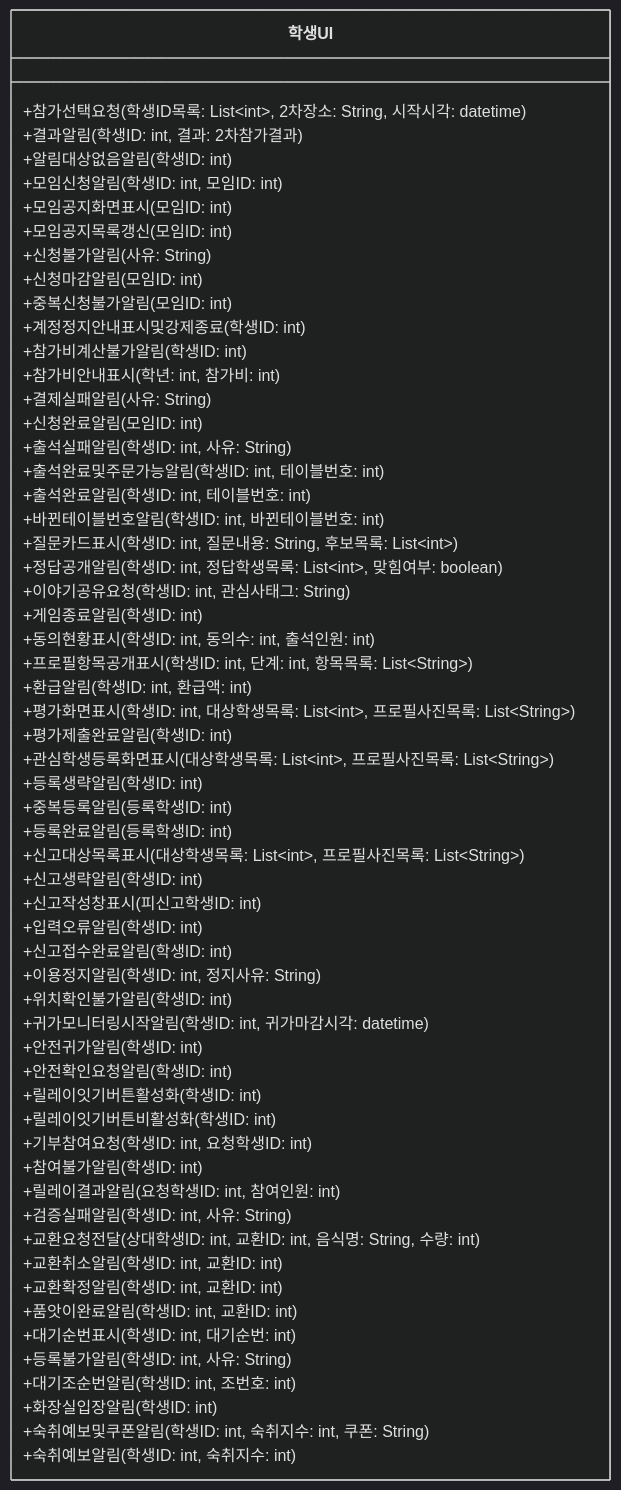
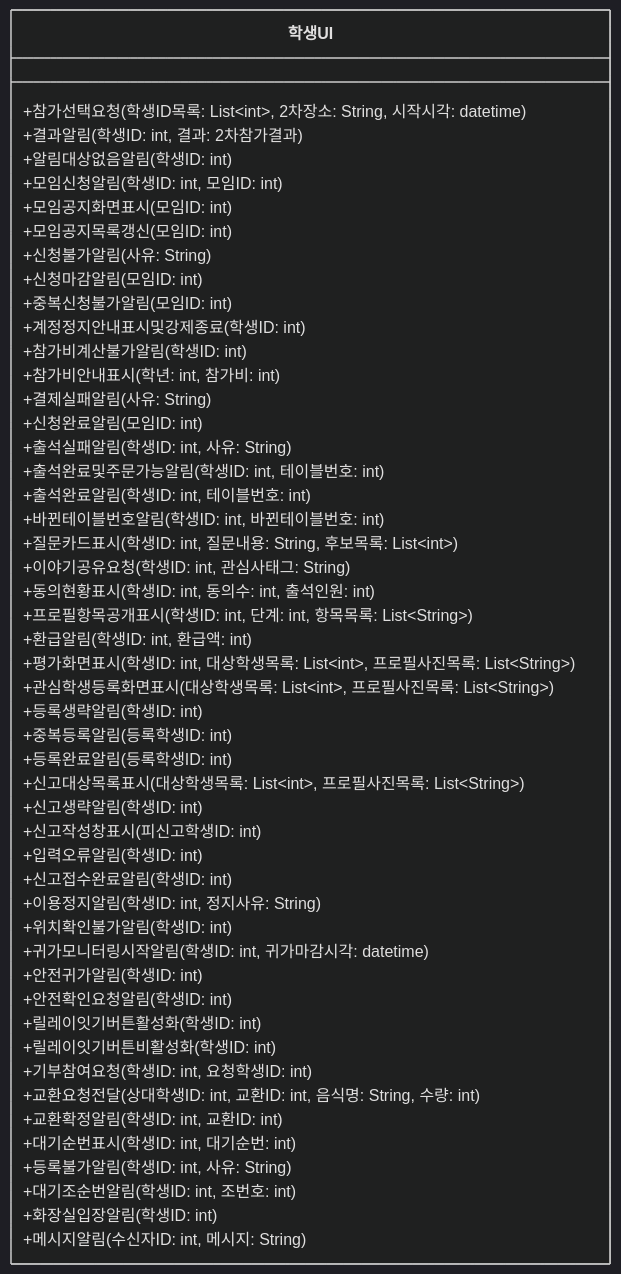
Diagram 11 of 12 in class-diagram/class-diagram.md (hojae3/sw-engineering-16), drawn with Mermaid (dark theme) before and after one commit. The commit also changed other lines of this file and 9 other files, not shown here.

````diff
--- a/class-diagram/class-diagram.md
+++ b/class-diagram/class-diagram.md
@@ -845,63 +843,54 @@
 ```mermaid
 classDiagram
     direction LR
     class StudentUI["학생UI"] {
         +참가선택요청(학생ID목록: List~int~, 2차장소: String, 시작시각: datetime)
         +결과알림(학생ID: int, 결과: 2차참가결과)
         +알림대상없음알림(학생ID: int)
         +모임신청알림(학생ID: int, 모임ID: int)
         +모임공지화면표시(모임ID: int)
         +모임공지목록갱신(모임ID: int)
         +신청불가알림(사유: String)
         +신청마감알림(모임ID: int)
         +중복신청불가알림(모임ID: int)
         +계정정지안내표시및강제종료(학생ID: int)
         +참가비계산불가알림(학생ID: int)
         +참가비안내표시(학년: int, 참가비: int)
         +결제실패알림(사유: String)
         +신청완료알림(모임ID: int)
         +출석실패알림(학생ID: int, 사유: String)
         +출석완료및주문가능알림(학생ID: int, 테이블번호: int)
         +출석완료알림(학생ID: int, 테이블번호: int)
         +바뀐테이블번호알림(학생ID: int, 바뀐테이블번호: int)
         +질문카드표시(학생ID: int, 질문내용: String, 후보목록: List~int~)
-        +정답공개알림(학생ID: int, 정답학생목록: List~int~, 맞힘여부: boolean)
         +이야기공유요청(학생ID: int, 관심사태그: String)
-        +게임종료알림(학생ID: int)
         +동의현황표시(학생ID: int, 동의수: int, 출석인원: int)
         +프로필항목공개표시(학생ID: int, 단계: int, 항목목록: List~String~)
         +환급알림(학생ID: int, 환급액: int)
         +평가화면표시(학생ID: int, 대상학생목록: List~int~, 프로필사진목록: List~String~)
-        +평가제출완료알림(학생ID: int)
         +관심학생등록화면표시(대상학생목록: List~int~, 프로필사진목록: List~String~)
         +등록생략알림(학생ID: int)
         +중복등록알림(등록학생ID: int)
         +등록완료알림(등록학생ID: int)
         +신고대상목록표시(대상학생목록: List~int~, 프로필사진목록: List~String~)
         +신고생략알림(학생ID: int)
         +신고작성창표시(피신고학생ID: int)
         +입력오류알림(학생ID: int)
         +신고접수완료알림(학생ID: int)
         +이용정지알림(학생ID: int, 정지사유: String)
         +위치확인불가알림(학생ID: int)
         +귀가모니터링시작알림(학생ID: int, 귀가마감시각: datetime)
         +안전귀가알림(학생ID: int)
         +안전확인요청알림(학생ID: int)
         +릴레이잇기버튼활성화(학생ID: int)
         +릴레이잇기버튼비활성화(학생ID: int)
         +기부참여요청(학생ID: int, 요청학생ID: int)
-        +참여불가알림(학생ID: int)
-        +릴레이결과알림(요청학생ID: int, 참여인원: int)
-        +검증실패알림(학생ID: int, 사유: String)
         +교환요청전달(상대학생ID: int, 교환ID: int, 음식명: String, 수량: int)
-        +교환취소알림(학생ID: int, 교환ID: int)
         +교환확정알림(학생ID: int, 교환ID: int)
-        +품앗이완료알림(학생ID: int, 교환ID: int)
         +대기순번표시(학생ID: int, 대기순번: int)
         +등록불가알림(학생ID: int, 사유: String)
         +대기조순번알림(학생ID: int, 조번호: int)
         +화장실입장알림(학생ID: int)
-        +숙취예보및쿠폰알림(학생ID: int, 숙취지수: int, 쿠폰: String)
-        +숙취예보알림(학생ID: int, 숙취지수: int)
+        +메시지알림(수신자ID: int, 메시지: String)
     }
 ```
````
